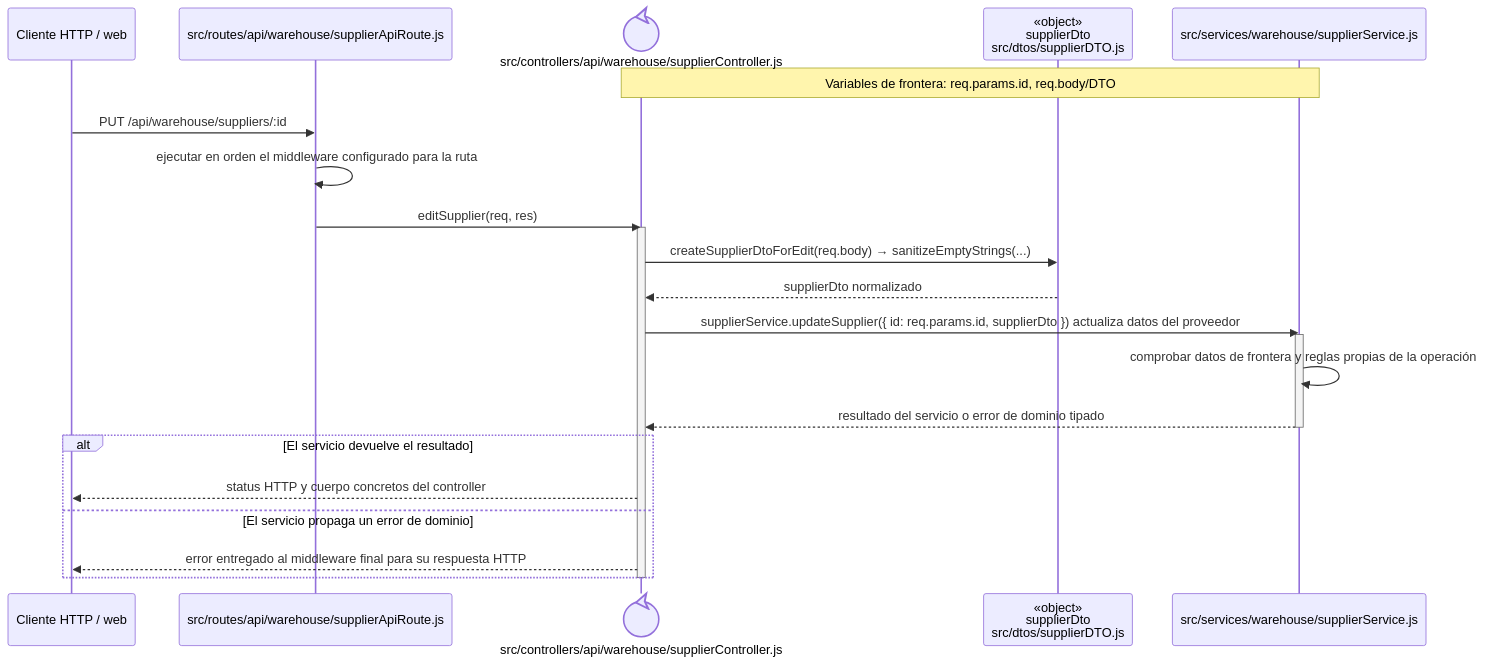
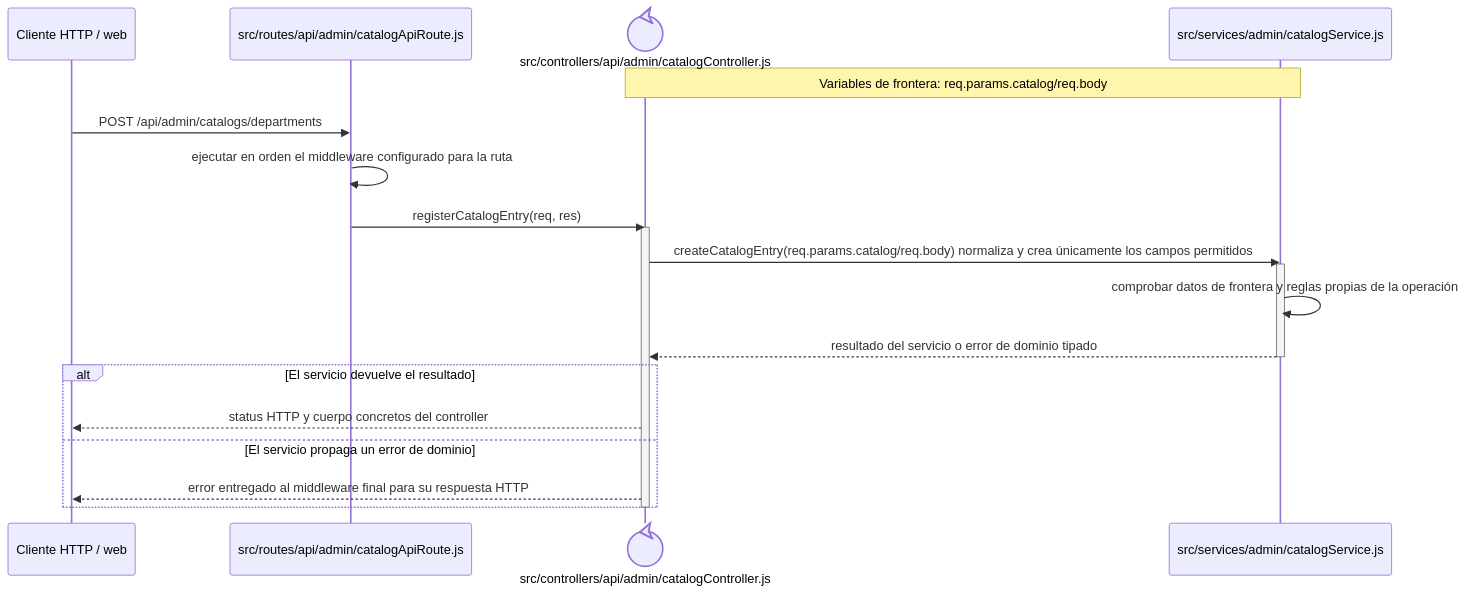
One commit to gpgsistemas01/nexus changed the diagram in docs/architecture/backend-code-sequences/catalogs/cu-cat-11.md. Above: the diagram before and after it, drawn with Mermaid. The commit also changed other lines of this file and 287 other files, not shown here.

````diff
--- a/docs/architecture/backend-code-sequences/catalogs/cu-cat-11.md
+++ b/docs/architecture/backend-code-sequences/catalogs/cu-cat-11.md
@@ -6,27 +6,24 @@
 ```mermaid
 sequenceDiagram
     participant Client as Cliente HTTP / web
-    participant Route as src/routes/api/warehouse/supplierApiRoute.js
-    participant Controller@{ "type": "control" } as src/controllers/api/warehouse/supplierController.js
-    participant SupplierDto as «object»<br/>supplierDto<br/>src/dtos/supplierDTO.js
-    participant Domain as src/services/warehouse/supplierService.js
-    Note over Controller,Domain: Variables de frontera: req.params.id, req.body/DTO
+    participant Route as src/routes/api/admin/catalogApiRoute.js
+    participant Controller@{ "type": "control" } as src/controllers/api/admin/catalogController.js
+    participant Domain as src/services/admin/catalogService.js
+    Note over Controller,Domain: Variables de frontera: req.params.catalog/req.body
 
-    Client->>Route: PUT /api/warehouse/suppliers/:id
+    Client->>Route: POST /api/admin/catalogs/departments
     Route->>Route: ejecutar en orden el middleware configurado para la ruta
-    Route->>Controller: editSupplier(req, res)
+    Route->>Controller: registerCatalogEntry(req, res)
     activate Controller
-    Controller->>SupplierDto: createSupplierDtoForEdit(req.body) → sanitizeEmptyStrings(...)
-    SupplierDto-->>Controller: supplierDto normalizado
-    Controller->>Domain: supplierService.updateSupplier({ id: req.params.id, supplierDto }) actualiza datos del proveedor
+    Controller->>Domain: createCatalogEntry(req.params.catalog/req.body) normaliza y crea únicamente los campos permitidos
     activate Domain
     Domain->>Domain: comprobar datos de frontera y reglas propias de la operación
     Domain-->>Controller: resultado del servicio o error de dominio tipado
     deactivate Domain
     alt El servicio devuelve el resultado
         Controller-->>Client: status HTTP y cuerpo concretos del controller
     else El servicio propaga un error de dominio
         Controller-->>Client: error entregado al middleware final para su respuesta HTTP
     end
     deactivate Controller
 ```
````
